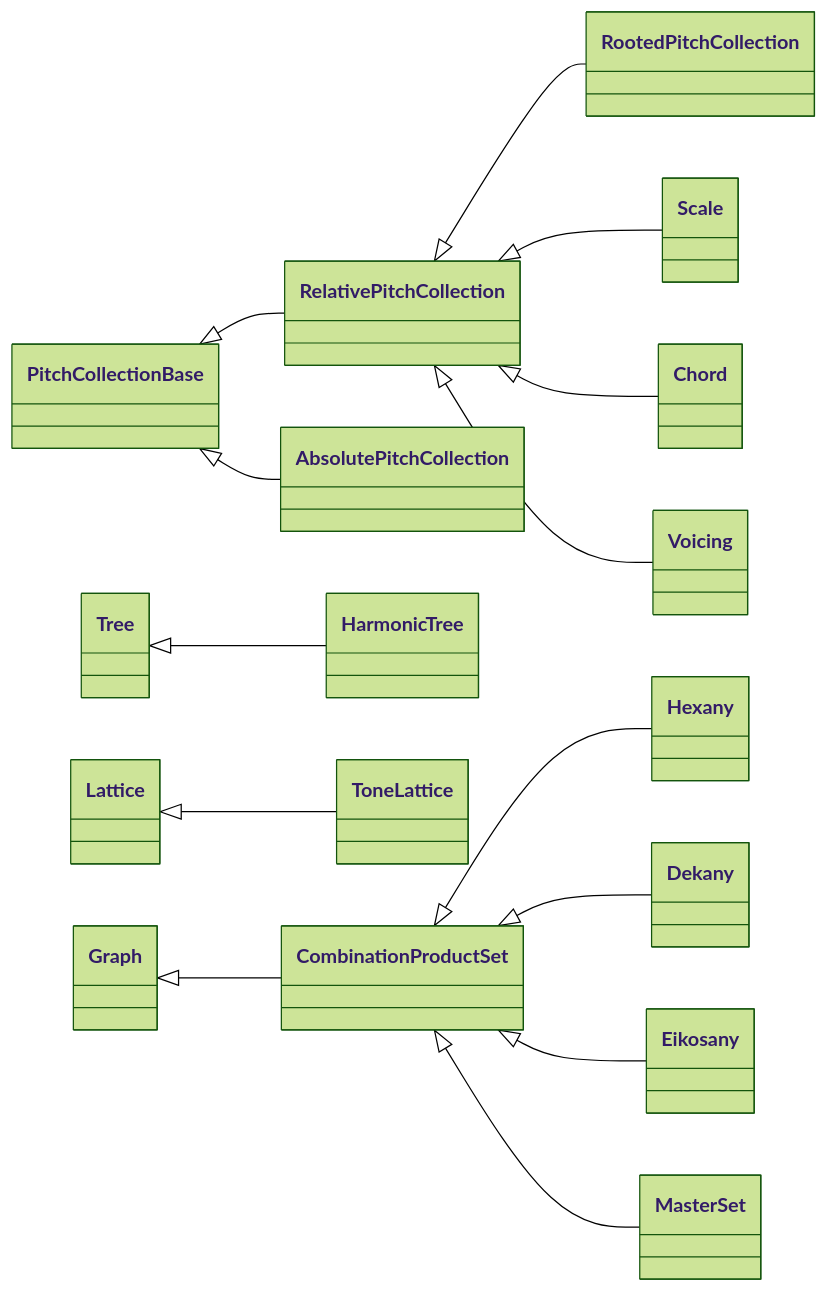
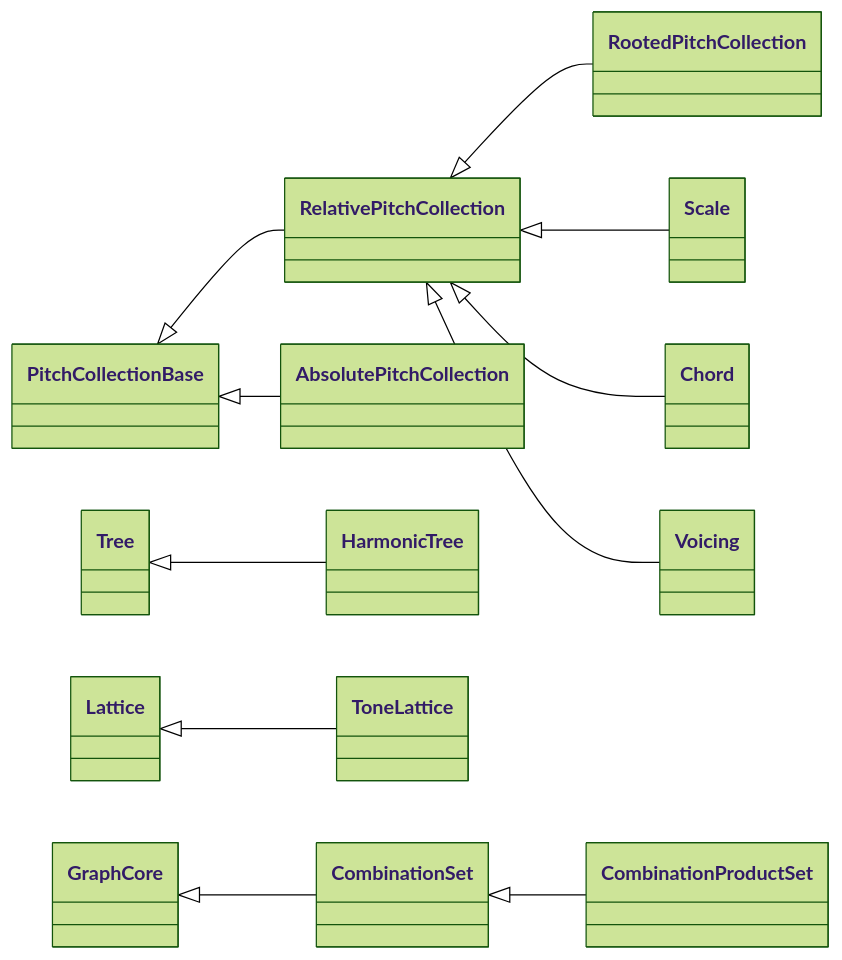
The fifth of 5 diagrams in docs/architecture/03_TONOS.md (kr4g/Klotho), drawn with Mermaid (forest theme) before and after one commit. The commit also changed other lines of this file and 13 other files, not shown here.

First line of the commit message:
Overhaul architecture docs for Klotho 10.x API

````diff
--- a/docs/architecture/03_TONOS.md
+++ b/docs/architecture/03_TONOS.md
@@ -392,19 +464,16 @@
 ```mermaid
 classDiagram
     direction LR
 
     PitchCollectionBase <|-- RelativePitchCollection
     PitchCollectionBase <|-- AbsolutePitchCollection
     RelativePitchCollection <|-- RootedPitchCollection
     RelativePitchCollection <|-- Scale
     RelativePitchCollection <|-- Chord
     RelativePitchCollection <|-- Voicing
 
     Tree <|-- HarmonicTree
     Lattice <|-- ToneLattice
-    Graph <|-- CombinationProductSet
-    CombinationProductSet <|-- Hexany
-    CombinationProductSet <|-- Dekany
-    CombinationProductSet <|-- Eikosany
-    CombinationProductSet <|-- MasterSet
+    GraphCore <|-- CombinationSet
+    CombinationSet <|-- CombinationProductSet
 ```
````
